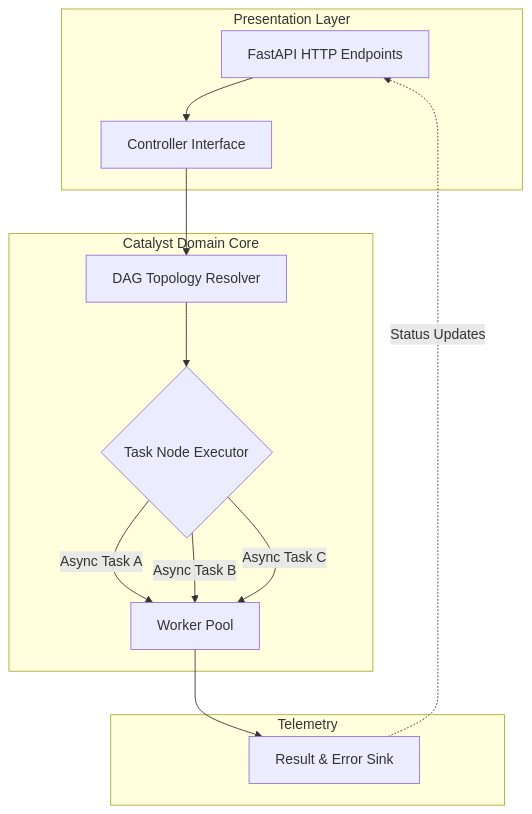
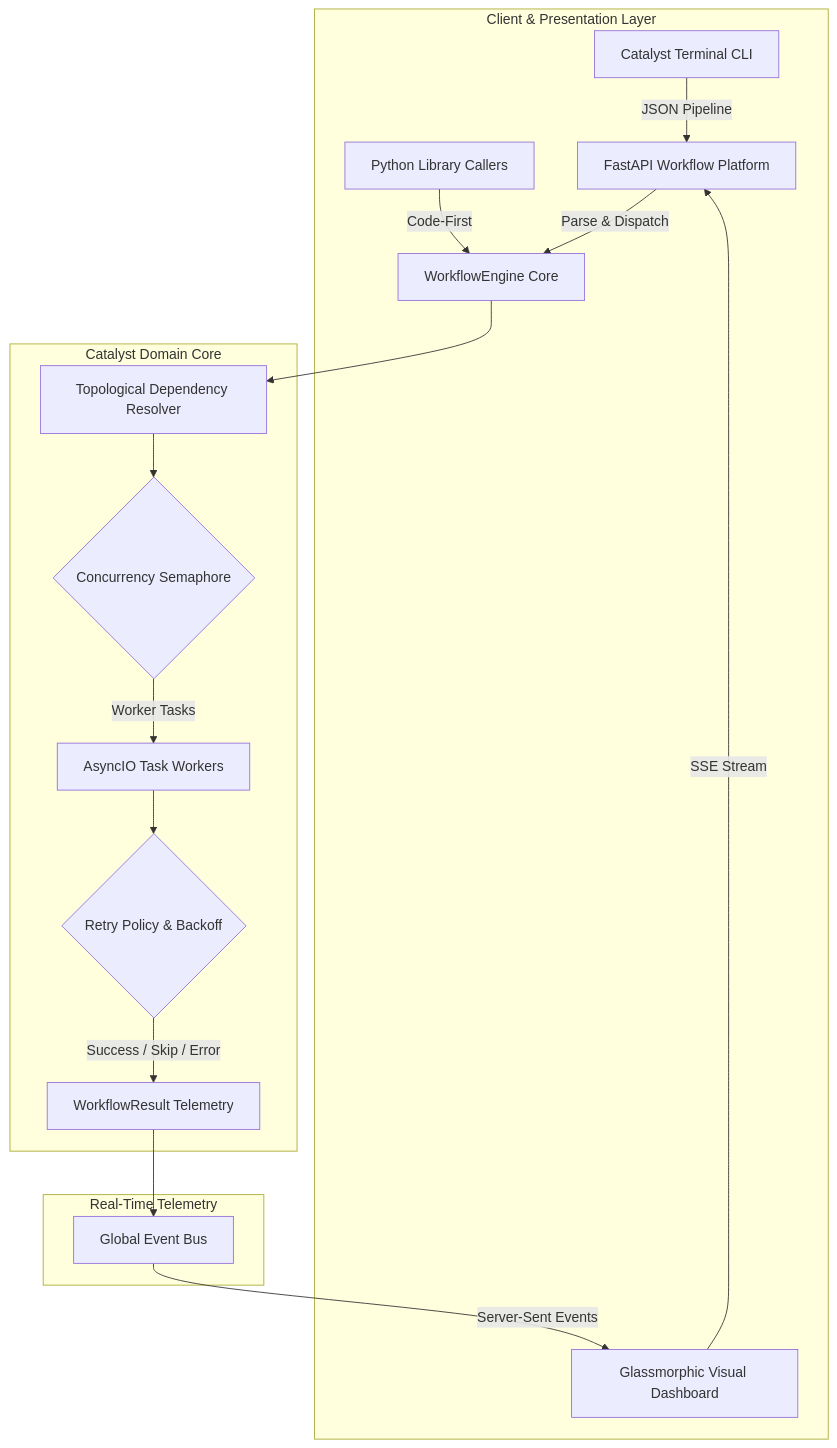
The diagram in README.md (shenald-dev/catalyst), drawn with Mermaid before and after one commit. The commit also changed other lines of this file and 9 other files, not shown here.

Commit message:
feat: major evolution v1.0.0 - dynamic data flow, retry policy, real-time command center, and developer CLI

````diff
--- a/README.md
+++ b/README.md
@@ -50,19 +60,22 @@
 ```mermaid
 graph TD
-    subgraph Presentation Layer
-        A[FastAPI HTTP Endpoints] --> B[Controller Interface]
+    subgraph Client & Presentation Layer
+        CLI[Catalyst Terminal CLI] -->|JSON Pipeline| API[FastAPI Workflow Platform]
+        DASH[Glassmorphic Visual Dashboard] -->|SSE Stream| API
+        APP[Python Library Callers] -->|Code-First| ENG[WorkflowEngine Core]
     end
 
     subgraph Catalyst Domain Core
-        B --> C[DAG Topology Resolver]
-        C --> D{Task Node Executor}
-        D -->|Async Task A| E[Worker Pool]
-        D -->|Async Task B| E
-        D -->|Async Task C| E
+        API -->|Parse & Dispatch| ENG
+        ENG --> TOPO[Topological Dependency Resolver]
+        TOPO --> SEM{Concurrency Semaphore}
+        SEM -->|Worker Tasks| POOL[AsyncIO Task Workers]
+        POOL --> RETRY{Retry Policy & Backoff}
+        RETRY -->|Success / Skip / Error| SINK[WorkflowResult Telemetry]
     end
 
-    subgraph Telemetry
-        E --> F[Result & Error Sink]
-        F -.->|Status Updates| A
+    subgraph Real-Time Telemetry
+        SINK --> BUS[Global Event Bus]
+        BUS -->|Server-Sent Events| DASH
     end
 ```
````
